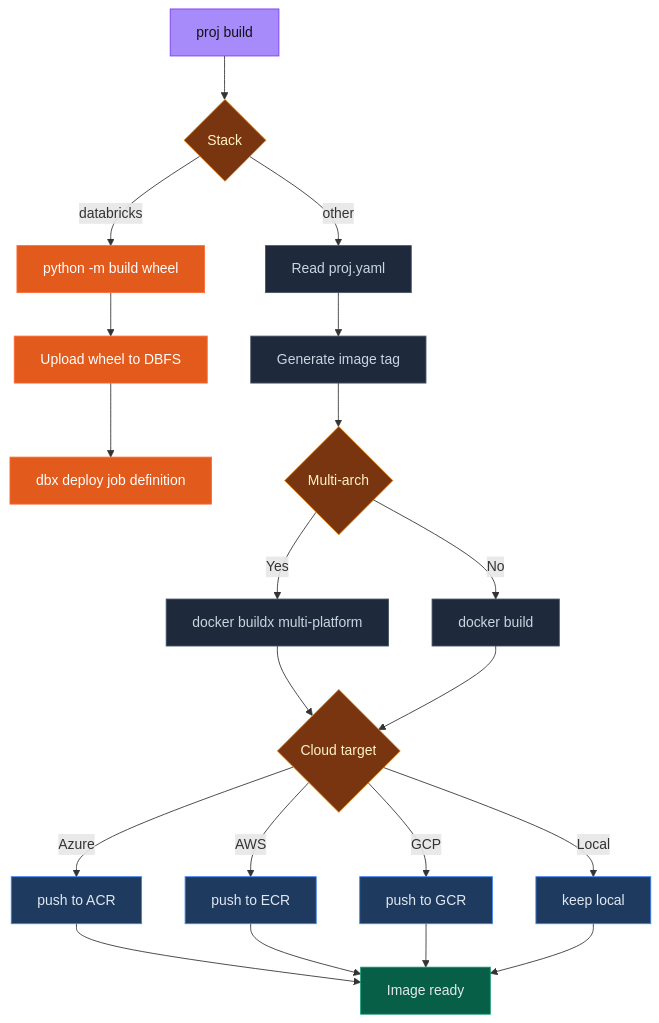
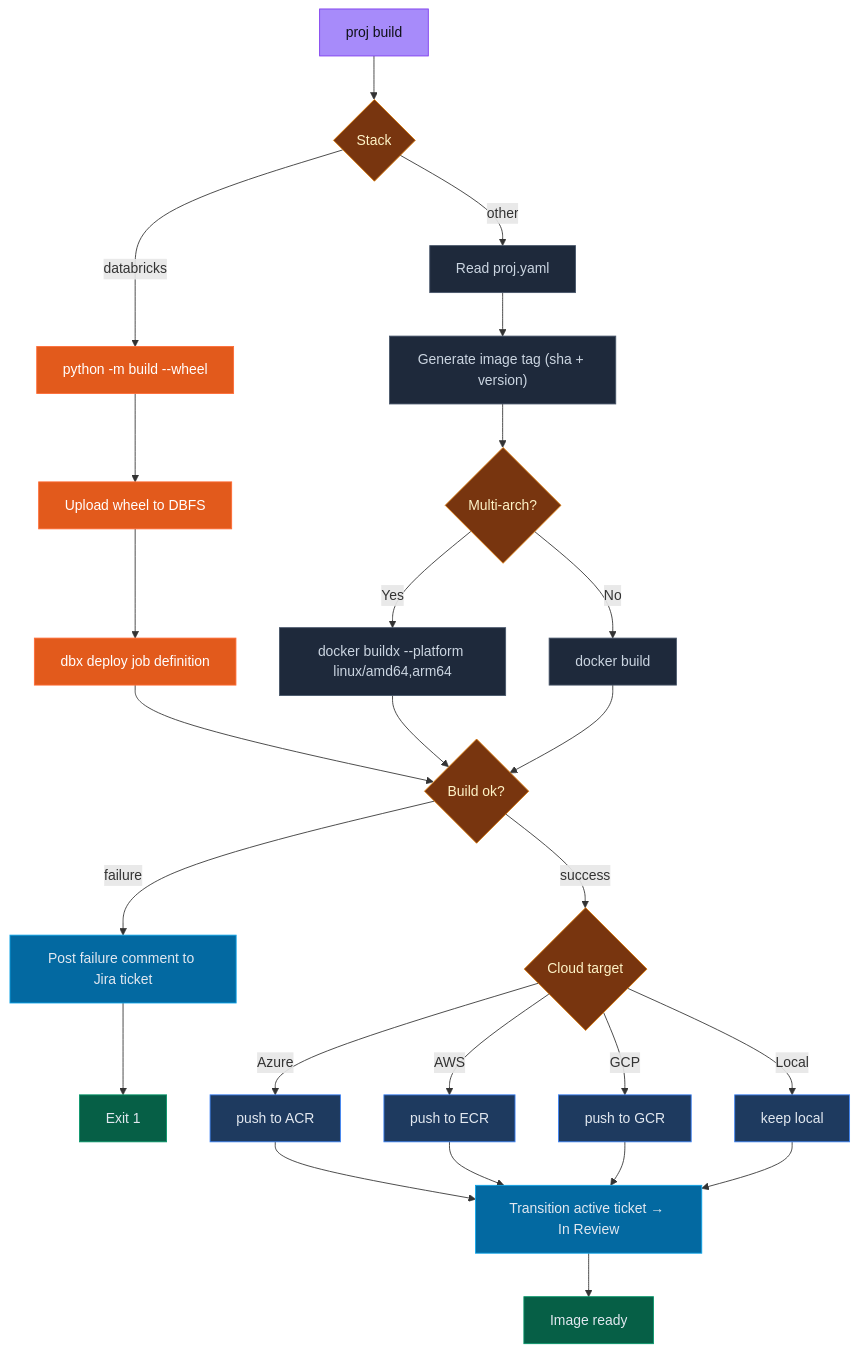
The fourth of 6 diagrams in README.md (erosrage/Athena), drawn with Mermaid before and after one commit. The commit also changed other lines of this file and 5 other files, not shown here.

First line of the commit message:
feat: add Jira lifecycle to dev/build + update all diagrams

````diff
--- a/README.md
+++ b/README.md
@@ -103,25 +112,31 @@
 ```mermaid
 flowchart TD
     A["proj build"]:::entry
     A --> ST{"Stack"}:::decision
-    ST -->|"databricks"| DB1["python -m build wheel"]:::dbx
+    ST -->|"databricks"| DB1["python -m build --wheel"]:::dbx
     DB1 --> DB2["Upload wheel to DBFS"]:::dbx
     DB2 --> DB3["dbx deploy job definition"]:::dbx
+    DB3 --> R
     ST -->|"other"| B["Read proj.yaml"]:::action
-    B --> C["Generate image tag"]:::action
-    C --> D{"Multi-arch"}:::decision
-    D -->|"Yes"| E["docker buildx multi-platform"]:::action
+    B --> C["Generate image tag (sha + version)"]:::action
+    C --> D{"Multi-arch?"}:::decision
+    D -->|"Yes"| E["docker buildx --platform linux/amd64,arm64"]:::action
     D -->|"No"| F["docker build"]:::action
-    E & F --> G{"Cloud target"}:::decision
+    E & F --> R{"Build ok?"}:::decision
+    R -->|"failure"| JF["Post failure comment to Jira ticket"]:::jira
+    JF --> FAIL["Exit 1"]:::done
+    R -->|"success"| G{"Cloud target"}:::decision
     G -->|"Azure"| H1["push to ACR"]:::cloud
     G -->|"AWS"| H2["push to ECR"]:::cloud
     G -->|"GCP"| H3["push to GCR"]:::cloud
     G -->|"Local"| H4["keep local"]:::cloud
-    H1 & H2 & H3 & H4 --> Z["Image ready"]:::done
+    H1 & H2 & H3 & H4 --> JOK["Transition active ticket → In Review"]:::jira
+    JOK --> Z["Image ready"]:::done
     classDef entry fill:#a78bfa,stroke:#7c3aed,color:#0f1117
     classDef action fill:#1e293b,stroke:#475569,color:#cbd5e1
     classDef decision fill:#78350f,stroke:#d97706,color:#fef3c7
     classDef cloud fill:#1e3a5f,stroke:#3b82f6,color:#e2e8f0
     classDef done fill:#065f46,stroke:#059669,color:#e2e8f0
     classDef dbx fill:#e25a1c,stroke:#ff6b35,color:#fff
+    classDef jira fill:#0369a1,stroke:#0ea5e9,color:#e2e8f0
 ```
````
